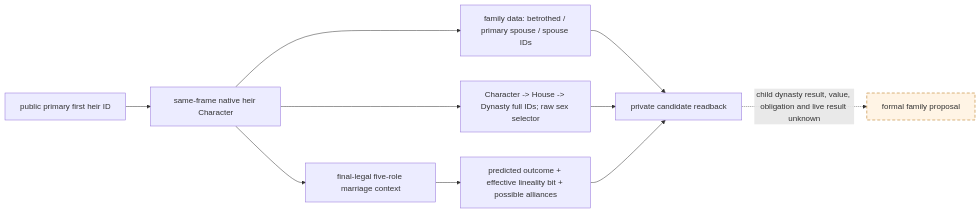
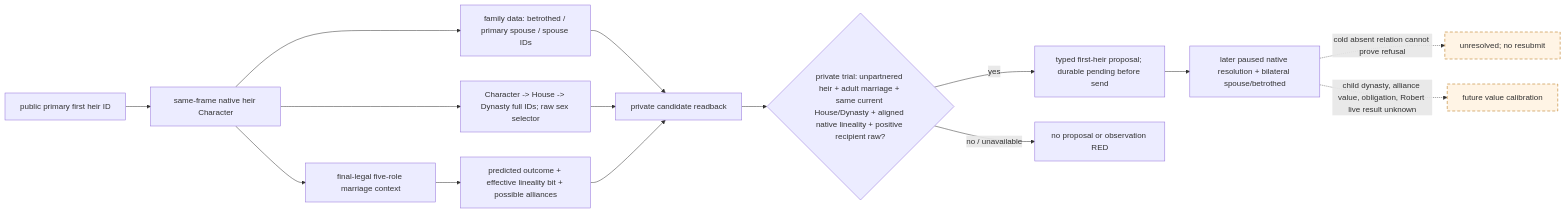
The fifth of 7 diagrams in docs/ck3-native-ai/marriage-and-alliance.md (XenoAmess/ck3_eternal_recurrence), drawn with Mermaid before and after one commit. The commit also changed other lines of this file and 14 other files, not shown here.

Commit message:
NW-FAMILY-PROPOSAL wire bounded first-heir marriage consumption

````diff
--- a/docs/ck3-native-ai/marriage-and-alliance.md
+++ b/docs/ck3-native-ai/marriage-and-alliance.md
@@ -673,14 +673,19 @@
 ```mermaid
 flowchart LR
   A["public primary first heir ID"] --> B["same-frame native heir Character"]
   B --> C["family data: betrothed / primary spouse / spouse IDs"]
   B --> H["Character -> House -> Dynasty full IDs; raw sex selector"]
   B --> D["final-legal five-role marriage context"]
   D --> E["predicted outcome + effective lineality bit + possible alliances"]
   C --> F["private candidate readback"]
   H --> F
   E --> F
-  F -. "child dynasty result, value, obligation and live result unknown" .-> G["formal family proposal"]
+  F --> V{"private trial: unpartnered heir + adult marriage + same current House/Dynasty + aligned native lineality + positive recipient raw?"}
+  V -->|yes| G["typed first-heir proposal; durable pending before send"]
+  V -->|no / unavailable| U["no proposal or observation RED"]
+  G --> R["later paused native resolution + bilateral spouse/betrothed"]
+  R -. "cold absent relation cannot prove refusal" .-> X["unresolved; no resubmit"]
+  R -. "child dynasty, alliance value, obligation, Robert live result unknown" .-> Y["future value calibration"]
   classDef unknown stroke-dasharray:6 4,fill:#fff4e5,stroke:#b36b00;
-  class G unknown;
+  class X,Y unknown;
 ```
````
